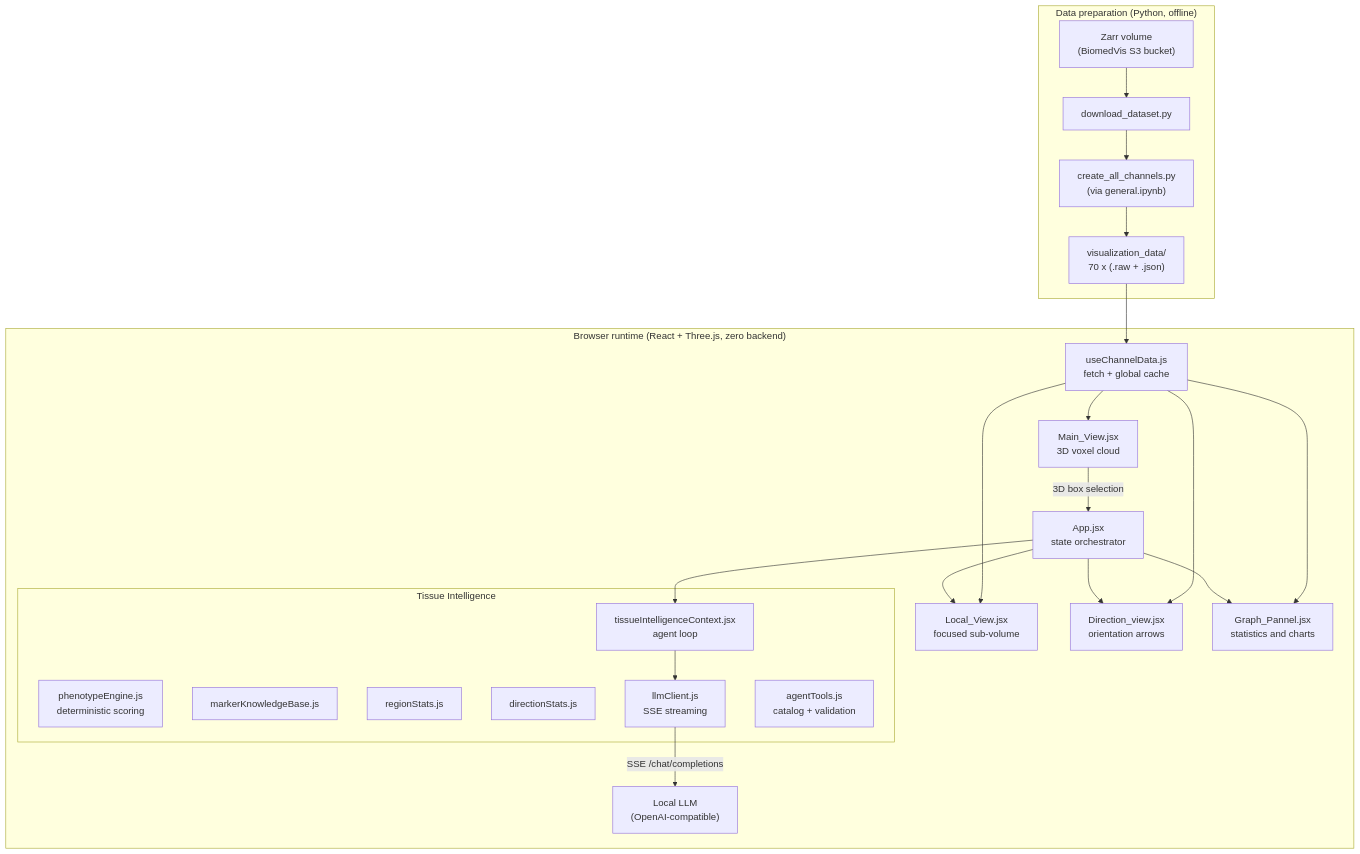
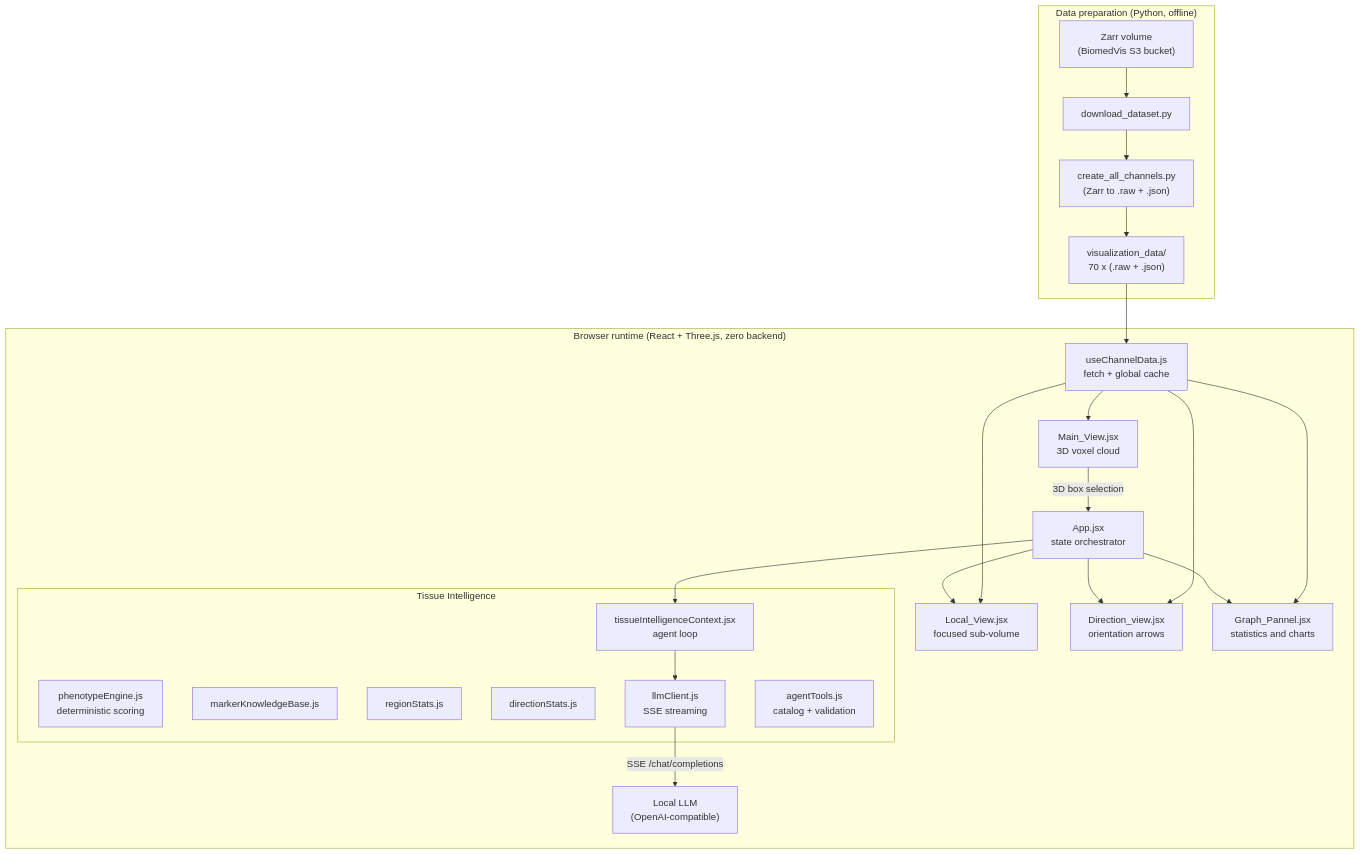
One commit to Yugesh-reddy/Melanoma-Tissue-Volumes changed the first of 4 diagrams in README.md. Above: the diagram before and after it, drawn with Mermaid. The commit also changed other lines of this file, not shown here.

````diff
--- a/README.md
+++ b/README.md
@@ -134,35 +134,35 @@
 ```mermaid
 graph TB
     subgraph Prep["Data preparation (Python, offline)"]
         A["Zarr volume<br/>(BiomedVis S3 bucket)"] --> B["download_dataset.py"]
-        B --> C["create_all_channels.py<br/>(via general.ipynb)"]
+        B --> C["create_all_channels.py<br/>(Zarr to .raw + .json)"]
         C --> D["visualization_data/<br/>70 x (.raw + .json)"]
     end
 
     subgraph Browser["Browser runtime (React + Three.js, zero backend)"]
         D --> E["useChannelData.js<br/>fetch + global cache"]
         E --> F["Main_View.jsx<br/>3D voxel cloud"]
         E --> G["Local_View.jsx<br/>focused sub-volume"]
         E --> H["Direction_view.jsx<br/>orientation arrows"]
         E --> I["Graph_Pannel.jsx<br/>statistics and charts"]
 
         F -->|"3D box selection"| J["App.jsx<br/>state orchestrator"]
         J --> G
         J --> H
         J --> I
 
         subgraph AI["Tissue Intelligence"]
             K["phenotypeEngine.js<br/>deterministic scoring"]
             L["markerKnowledgeBase.js"]
             M["regionStats.js"]
             N["directionStats.js"]
             O["llmClient.js<br/>SSE streaming"]
             P["agentTools.js<br/>catalog + validation"]
             Q["tissueIntelligenceContext.jsx<br/>agent loop"]
         end
 
         J --> Q
         Q --> O
         O -->|"SSE /chat/completions"| U["Local LLM<br/>(OpenAI-compatible)"]
     end
 ```
````
